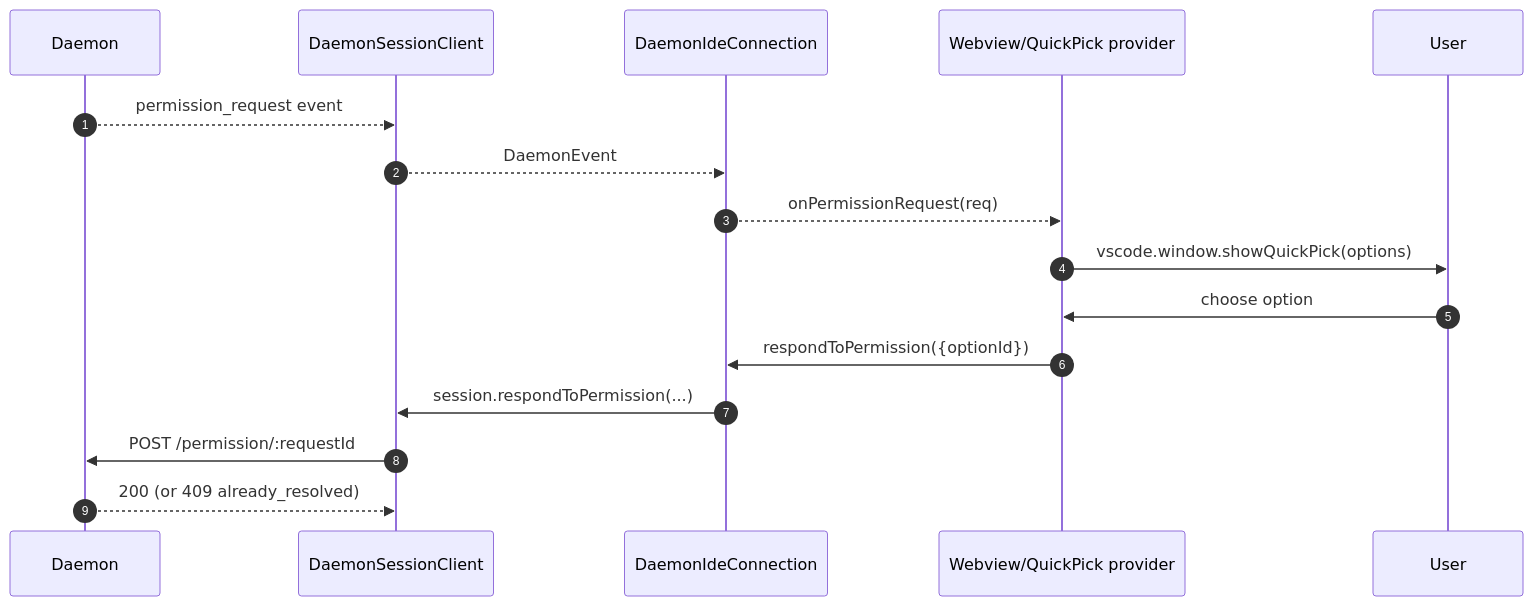
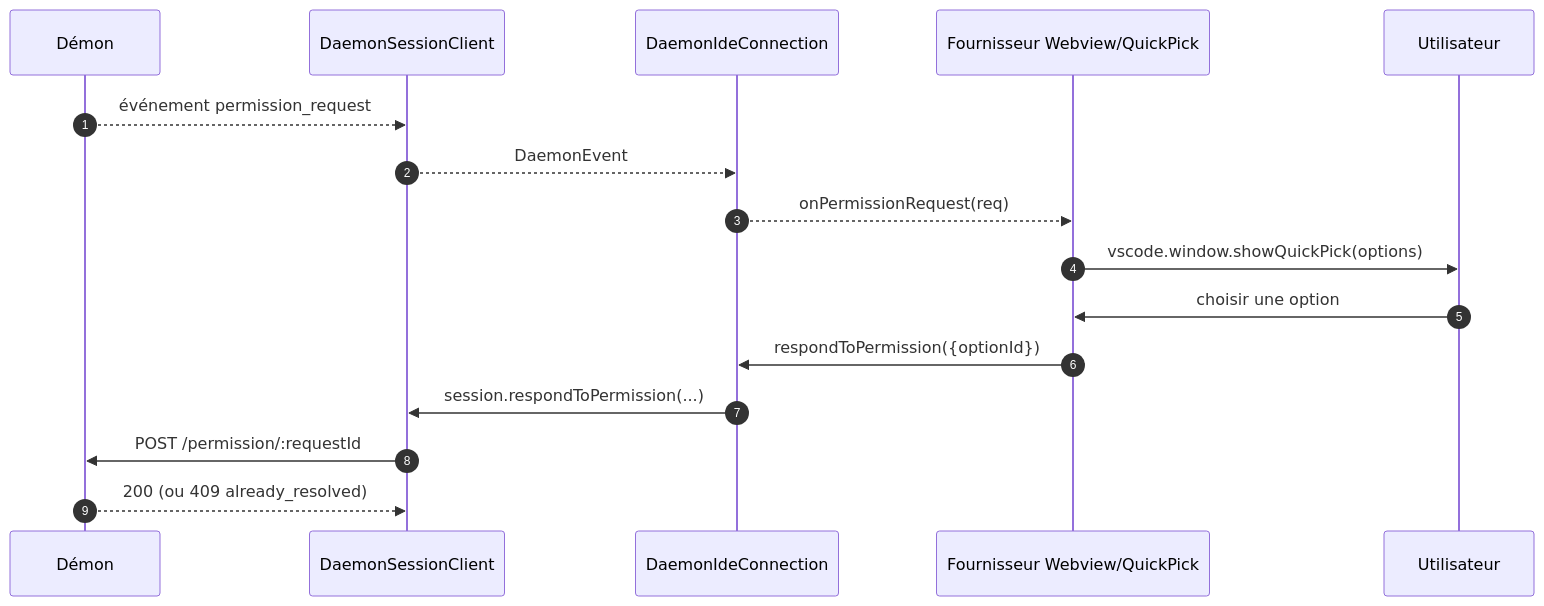
One commit to QwenLM/qwen-code-docs changed the second of 3 diagrams in website/content/fr/developers/daemon/16-vscode-ide-adapter.md. Above: the diagram before and after it, drawn with Mermaid. The commit also changed other lines of this file and 1077 other files, not shown here.

````diff
--- a/website/content/fr/developers/daemon/16-vscode-ide-adapter.md
+++ b/website/content/fr/developers/daemon/16-vscode-ide-adapter.md
@@ -128,19 +127,19 @@
 ```mermaid
 sequenceDiagram
     autonumber
-    participant D as Daemon
+    participant D as Démon
     participant SDK as DaemonSessionClient
     participant C as DaemonIdeConnection
-    participant P as Webview/QuickPick provider
-    participant U as User
+    participant P as Fournisseur Webview/QuickPick
+    participant U as Utilisateur
 
-    D-->>SDK: permission_request event
+    D-->>SDK: événement permission_request
     SDK-->>C: DaemonEvent
     C-->>P: onPermissionRequest(req)
     P->>U: vscode.window.showQuickPick(options)
-    U->>P: choose option
+    U->>P: choisir une option
     P->>C: respondToPermission({optionId})
     C->>SDK: session.respondToPermission(...)
     SDK->>D: POST /permission/:requestId
-    D-->>SDK: 200 (or 409 already_resolved)
+    D-->>SDK: 200 (ou 409 already_resolved)
 ```
````
